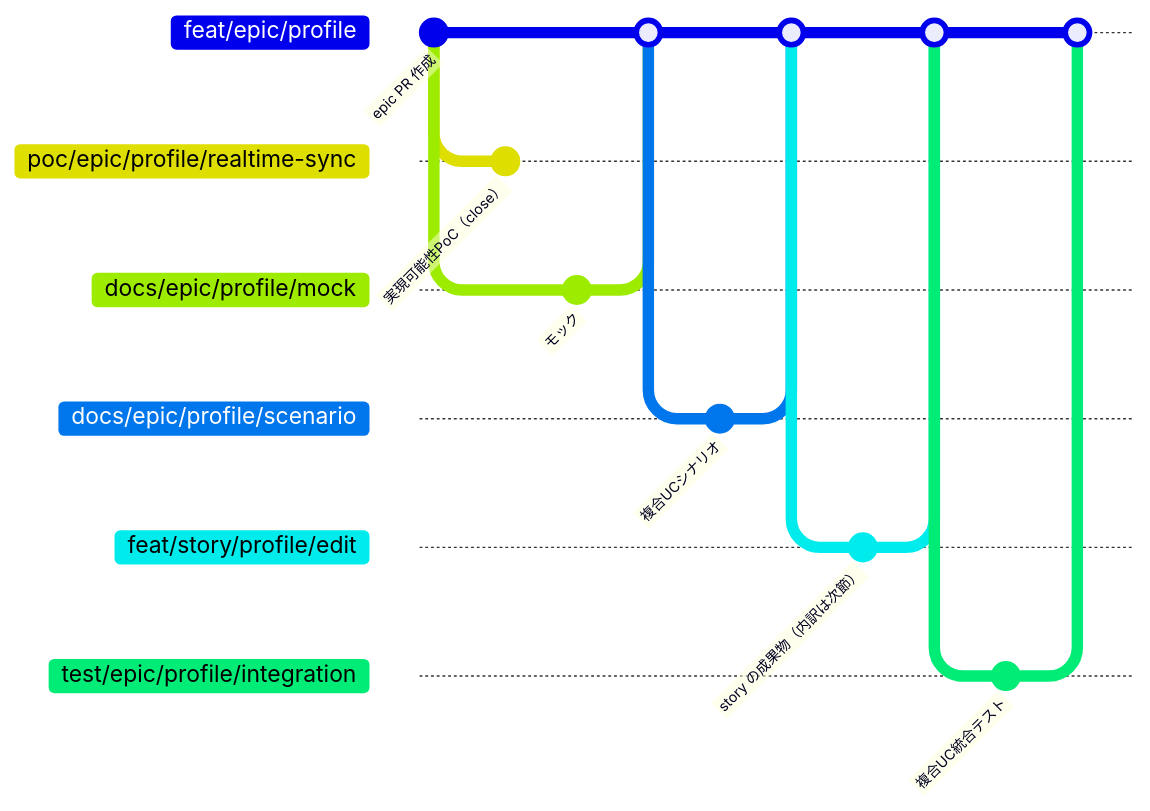
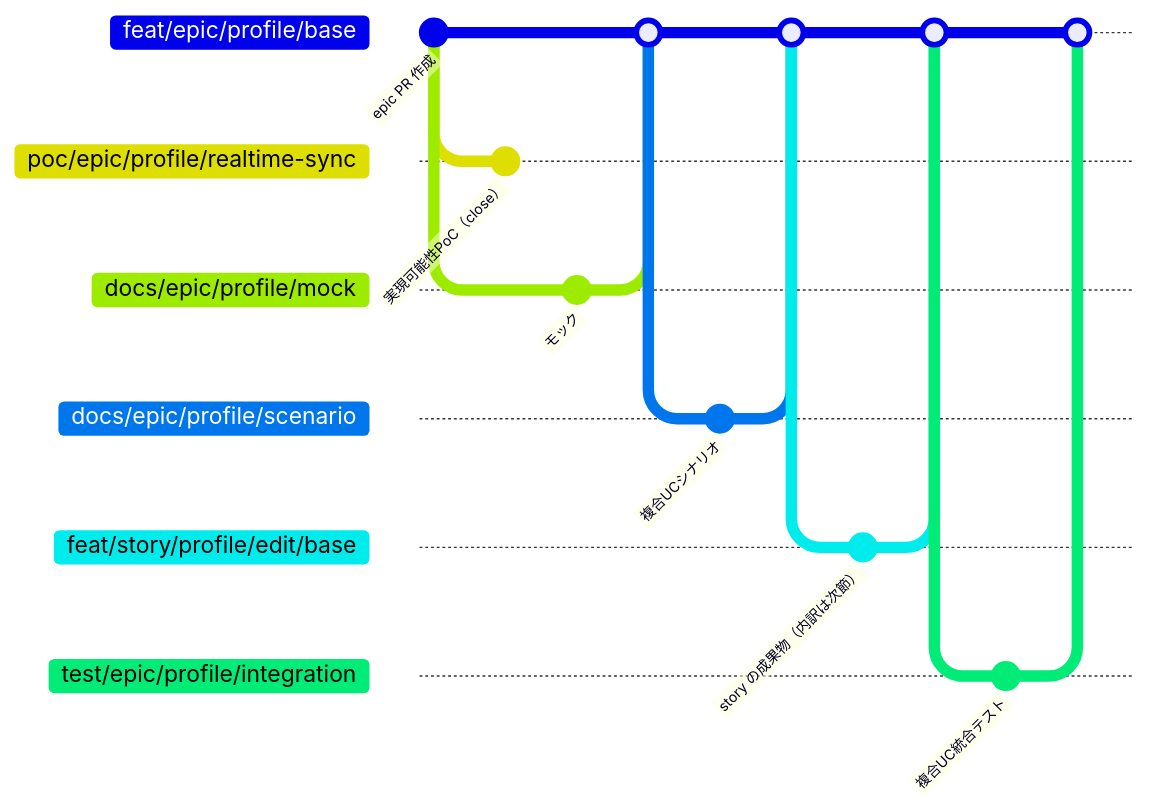
One commit to shuhei1101/ai-monitor changed the second of 5 diagrams in docs/wiki/規約/ブランチ戦略.md. Above: the diagram before and after it, drawn with Mermaid. The commit also changed other lines of this file and 174 other files, not shown here.

````diff
--- a/docs/wiki/規約/ブランチ戦略.md
+++ b/docs/wiki/規約/ブランチ戦略.md
@@ -186,38 +206,38 @@
 ```mermaid
 ---
 config:
   gitGraph:
-    mainBranchName: feat/epic/profile
+    mainBranchName: feat/epic/profile/base
 ---
 gitGraph
     commit id: "epic PR 作成"
 
     branch poc/epic/profile/realtime-sync
     checkout poc/epic/profile/realtime-sync
     commit id: "実現可能性PoC（close）"
 
-    checkout feat/epic/profile
+    checkout feat/epic/profile/base
     branch docs/epic/profile/mock
     checkout docs/epic/profile/mock
     commit id: "モック"
-    checkout feat/epic/profile
+    checkout feat/epic/profile/base
     merge docs/epic/profile/mock
 
     branch docs/epic/profile/scenario
     checkout docs/epic/profile/scenario
     commit id: "複合UCシナリオ"
-    checkout feat/epic/profile
+    checkout feat/epic/profile/base
     merge docs/epic/profile/scenario
 
-    branch feat/story/profile/edit
-    checkout feat/story/profile/edit
+    branch feat/story/profile/edit/base
+    checkout feat/story/profile/edit/base
     commit id: "story の成果物（内訳は次節）"
-    checkout feat/epic/profile
-    merge feat/story/profile/edit
+    checkout feat/epic/profile/base
+    merge feat/story/profile/edit/base
 
     branch test/epic/profile/integration
     checkout test/epic/profile/integration
     commit id: "複合UC統合テスト"
-    checkout feat/epic/profile
+    checkout feat/epic/profile/base
     merge test/epic/profile/integration
 ```
````
